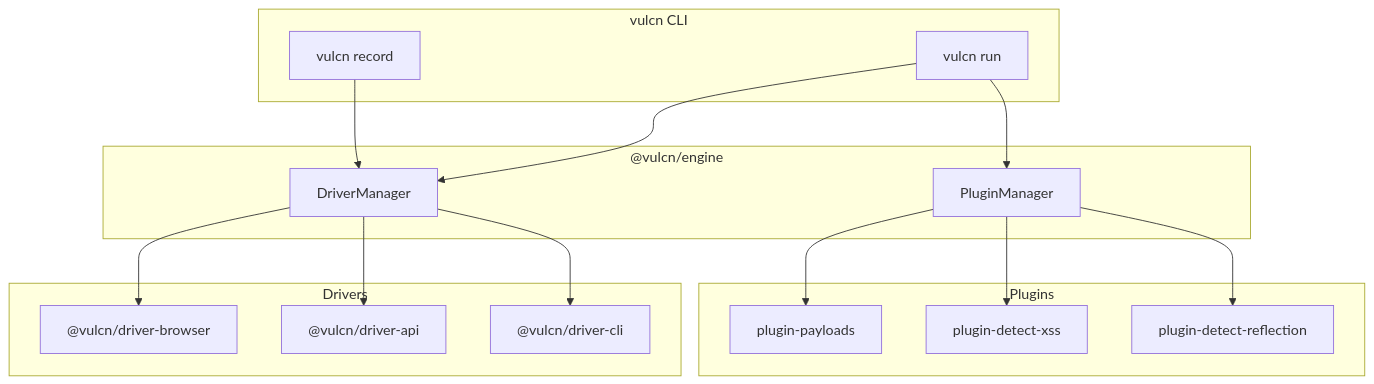
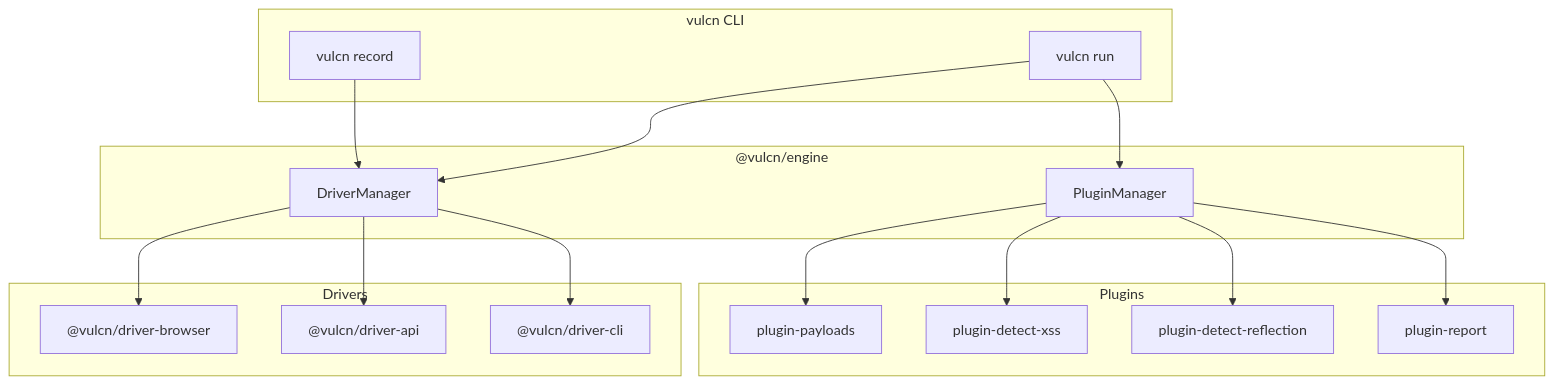
Before and after one commit to vulcnize/docs: the diagram in index.mdx, drawn with Mermaid. The commit also changed other lines of this file and 13 other files, not shown here.

Commit message:
feat: add report plugin docs

````diff
--- a/index.mdx
+++ b/index.mdx
@@ -35,34 +56,36 @@
 ```mermaid
 flowchart TB
     subgraph CLI["vulcn CLI"]
         Record[vulcn record]
         Run[vulcn run]
     end
 
     subgraph Engine["@vulcn/engine"]
         DM[DriverManager]
         PM[PluginManager]
     end
 
     subgraph Drivers
         Browser["@vulcn/driver-browser"]
         API["@vulcn/driver-api"]
         CLID["@vulcn/driver-cli"]
     end
 
     subgraph Plugins
         Payloads["plugin-payloads"]
         XSS["plugin-detect-xss"]
         Reflect["plugin-detect-reflection"]
+        Report["plugin-report"]
     end
 
     Record --> DM
     Run --> DM
     Run --> PM
     DM --> Browser
     DM --> API
     DM --> CLID
     PM --> Payloads
     PM --> XSS
     PM --> Reflect
+    PM --> Report
 ```
````
